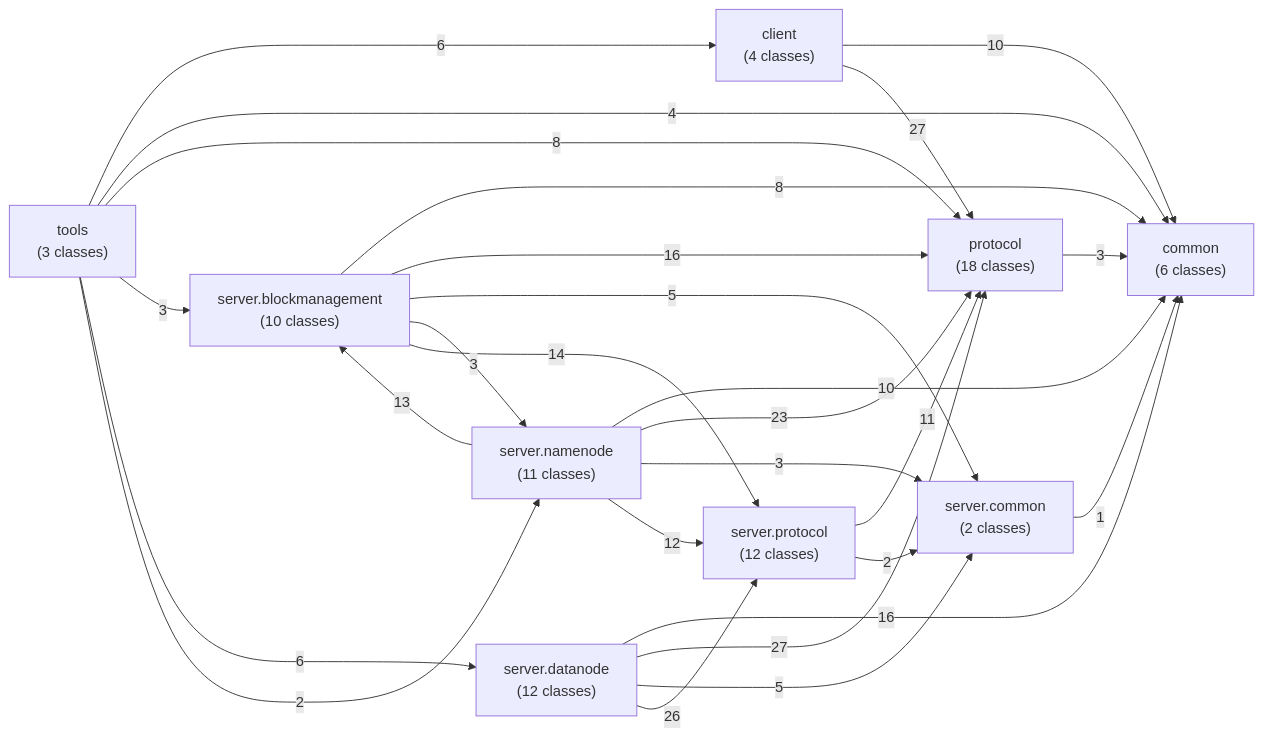
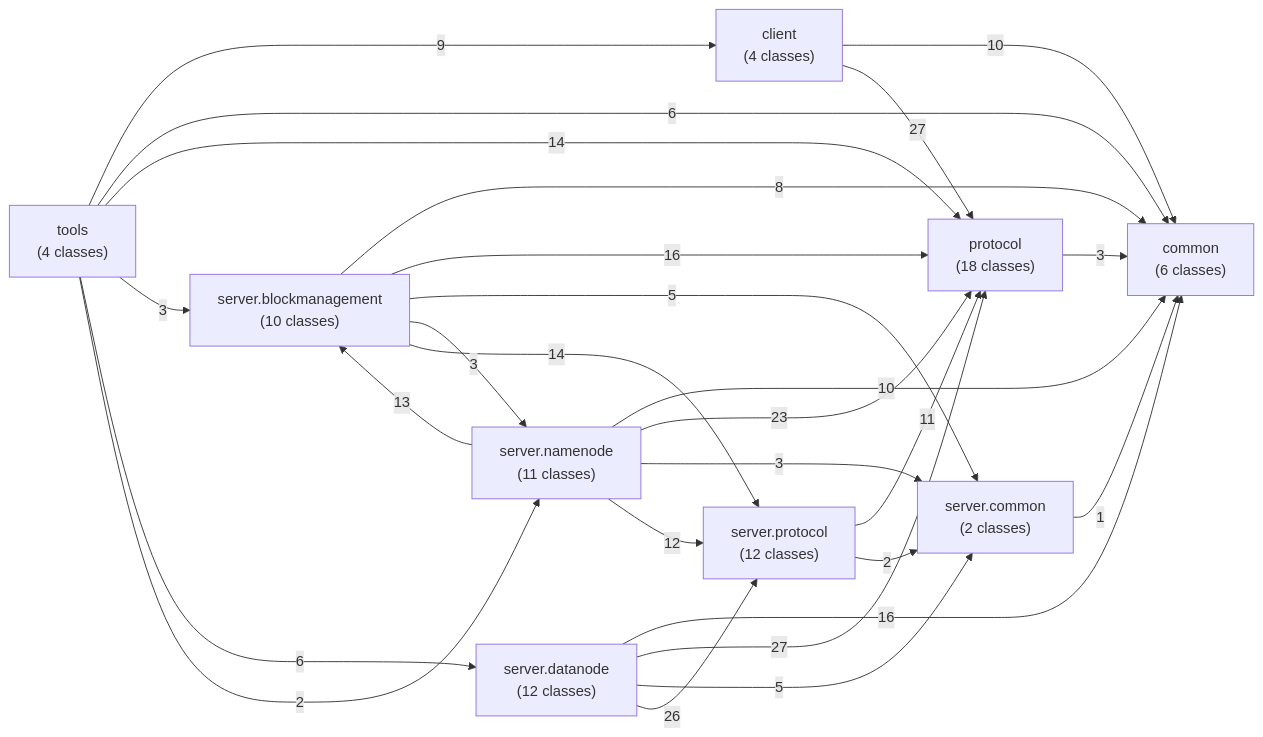
Before and after one commit to catothi/edudfs: the first of 11 diagrams in docs/DEPENDENCIES.md, drawn with Mermaid. The commit also changed other lines of this file and 19 other files, not shown here.

````diff
--- a/docs/DEPENDENCIES.md
+++ b/docs/DEPENDENCIES.md
@@ -20,38 +20,38 @@
 ```mermaid
 flowchart LR
     client["client<br/>(4 classes)"]
     common["common<br/>(6 classes)"]
     protocol["protocol<br/>(18 classes)"]
     server_blockmanagement["server.blockmanagement<br/>(10 classes)"]
     server_common["server.common<br/>(2 classes)"]
     server_datanode["server.datanode<br/>(12 classes)"]
     server_namenode["server.namenode<br/>(11 classes)"]
     server_protocol["server.protocol<br/>(12 classes)"]
-    tools["tools<br/>(3 classes)"]
+    tools["tools<br/>(4 classes)"]
     client -- 10 --> common
     client -- 27 --> protocol
     protocol -- 3 --> common
     server_blockmanagement -- 8 --> common
     server_blockmanagement -- 16 --> protocol
     server_blockmanagement -- 5 --> server_common
     server_blockmanagement -- 3 --> server_namenode
     server_blockmanagement -- 14 --> server_protocol
     server_common -- 1 --> common
     server_datanode -- 16 --> common
     server_datanode -- 27 --> protocol
     server_datanode -- 5 --> server_common
     server_datanode -- 26 --> server_protocol
     server_namenode -- 10 --> common
     server_namenode -- 23 --> protocol
     server_namenode -- 13 --> server_blockmanagement
     server_namenode -- 3 --> server_common
     server_namenode -- 12 --> server_protocol
     server_protocol -- 11 --> protocol
     server_protocol -- 2 --> server_common
-    tools -- 6 --> client
-    tools -- 4 --> common
-    tools -- 8 --> protocol
+    tools -- 9 --> client
+    tools -- 6 --> common
+    tools -- 14 --> protocol
     tools -- 3 --> server_blockmanagement
     tools -- 6 --> server_datanode
     tools -- 2 --> server_namenode
 ```
````
